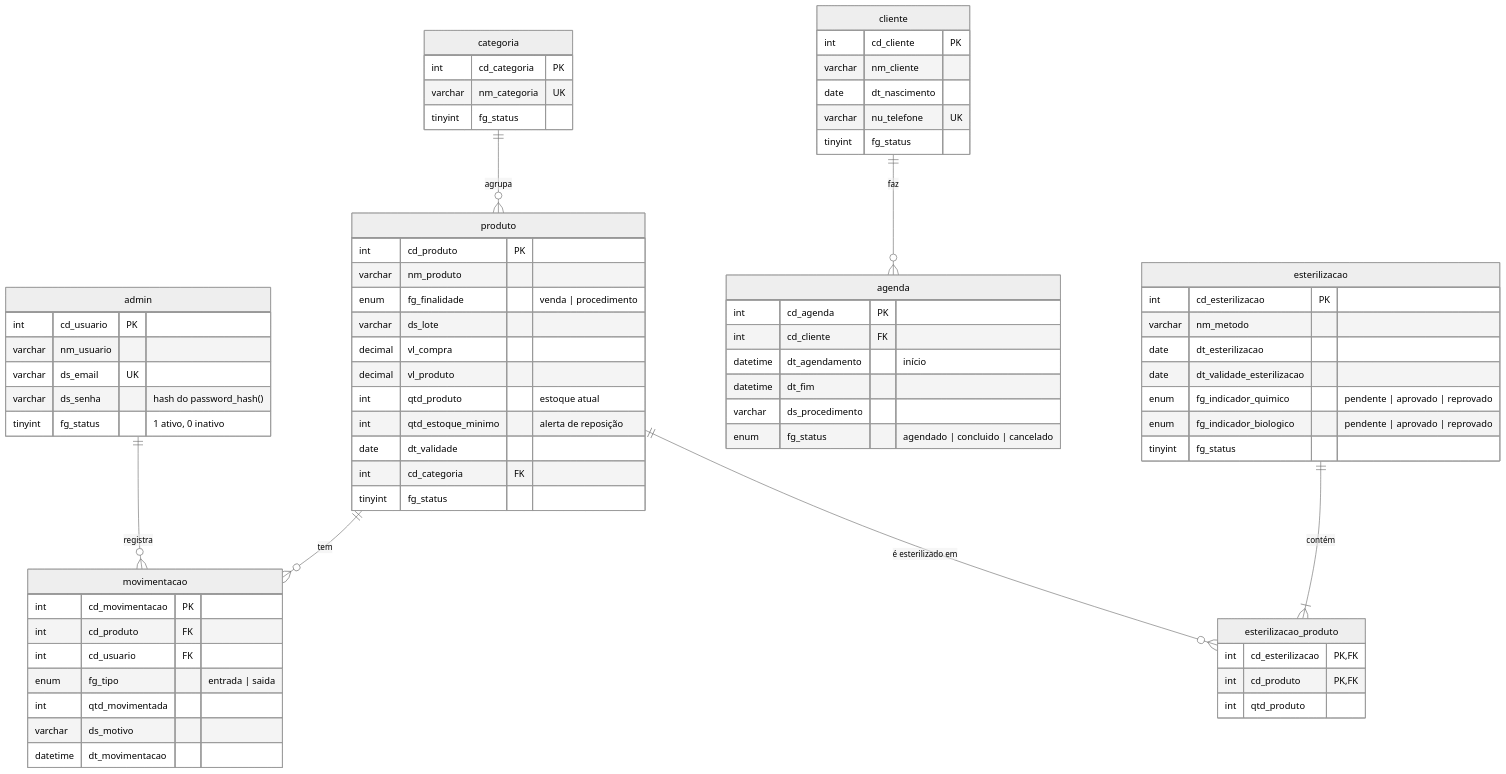
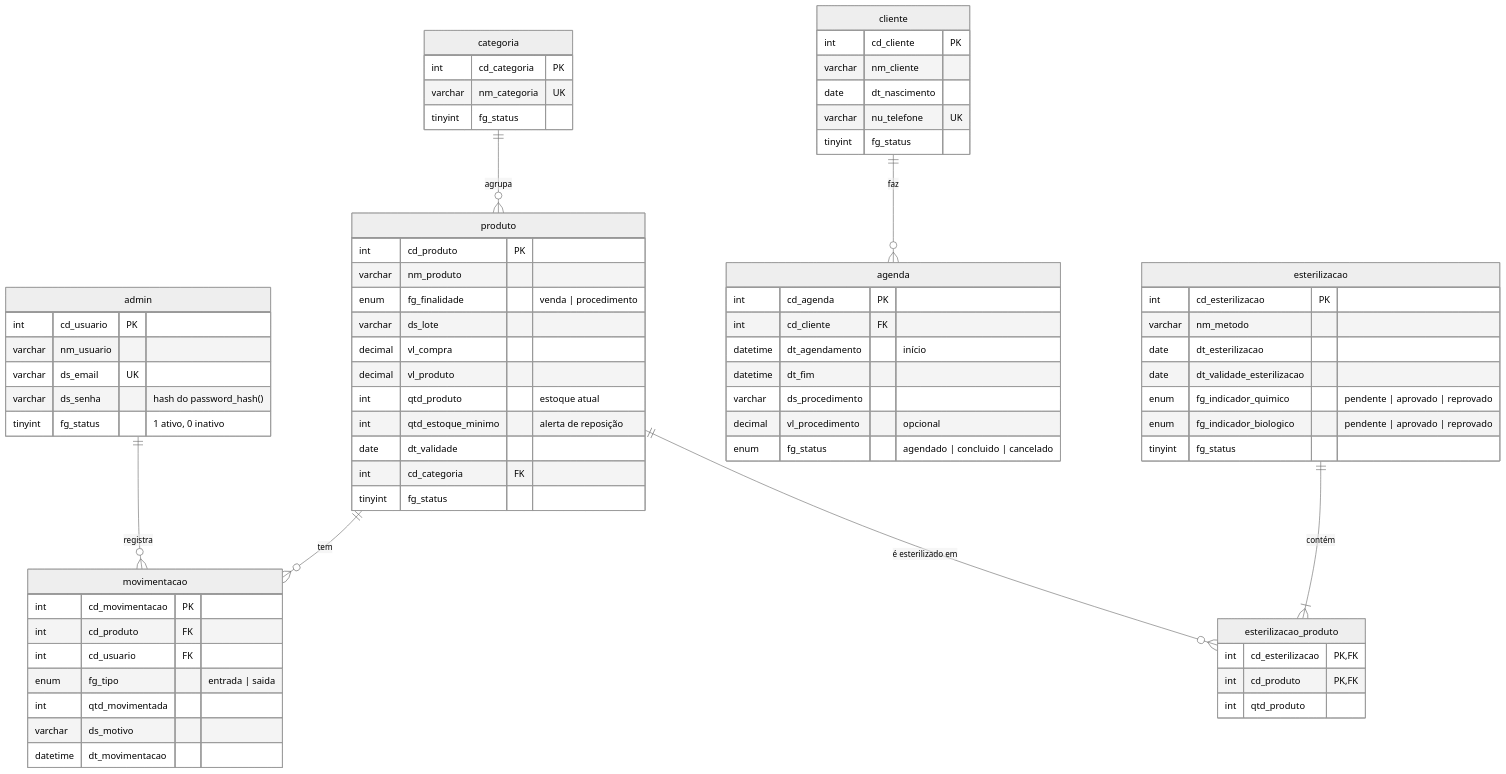
One commit to nozari-enzo/estoque-agenda-glowbella changed the diagram in docs/banco-de-dados.md. Above: the diagram before and after it, drawn with Mermaid (neutral theme). The commit also changed 7 other files, not shown here.

````diff
--- a/docs/banco-de-dados.md
+++ b/docs/banco-de-dados.md
@@ -7,80 +7,81 @@
 ```mermaid
 erDiagram
     categoria ||--o{ produto : "agrupa"
     produto ||--o{ movimentacao : "tem"
     admin ||--o{ movimentacao : "registra"
     cliente ||--o{ agenda : "faz"
     esterilizacao ||--|{ esterilizacao_produto : "contém"
     produto ||--o{ esterilizacao_produto : "é esterilizado em"
 
     admin {
         int cd_usuario PK
         varchar nm_usuario
         varchar ds_email UK
         varchar ds_senha "hash do password_hash()"
         tinyint fg_status "1 ativo, 0 inativo"
     }
 
     categoria {
         int cd_categoria PK
         varchar nm_categoria UK
         tinyint fg_status
     }
 
     cliente {
         int cd_cliente PK
         varchar nm_cliente
         date dt_nascimento
         varchar nu_telefone UK
         tinyint fg_status
     }
 
     produto {
         int cd_produto PK
         varchar nm_produto
         enum fg_finalidade "venda | procedimento"
         varchar ds_lote
         decimal vl_compra
         decimal vl_produto
         int qtd_produto "estoque atual"
         int qtd_estoque_minimo "alerta de reposição"
         date dt_validade
         int cd_categoria FK
         tinyint fg_status
     }
 
     movimentacao {
         int cd_movimentacao PK
         int cd_produto FK
         int cd_usuario FK
         enum fg_tipo "entrada | saida"
         int qtd_movimentada
         varchar ds_motivo
         datetime dt_movimentacao
     }
 
     agenda {
         int cd_agenda PK
         int cd_cliente FK
         datetime dt_agendamento "início"
         datetime dt_fim
         varchar ds_procedimento
+        decimal vl_procedimento "opcional"
         enum fg_status "agendado | concluido | cancelado"
     }
 
     esterilizacao {
         int cd_esterilizacao PK
         varchar nm_metodo
         date dt_esterilizacao
         date dt_validade_esterilizacao
         enum fg_indicador_quimico "pendente | aprovado | reprovado"
         enum fg_indicador_biologico "pendente | aprovado | reprovado"
         tinyint fg_status
     }
 
     esterilizacao_produto {
         int cd_esterilizacao PK, FK
         int cd_produto PK, FK
         int qtd_produto
     }
 ```
````
